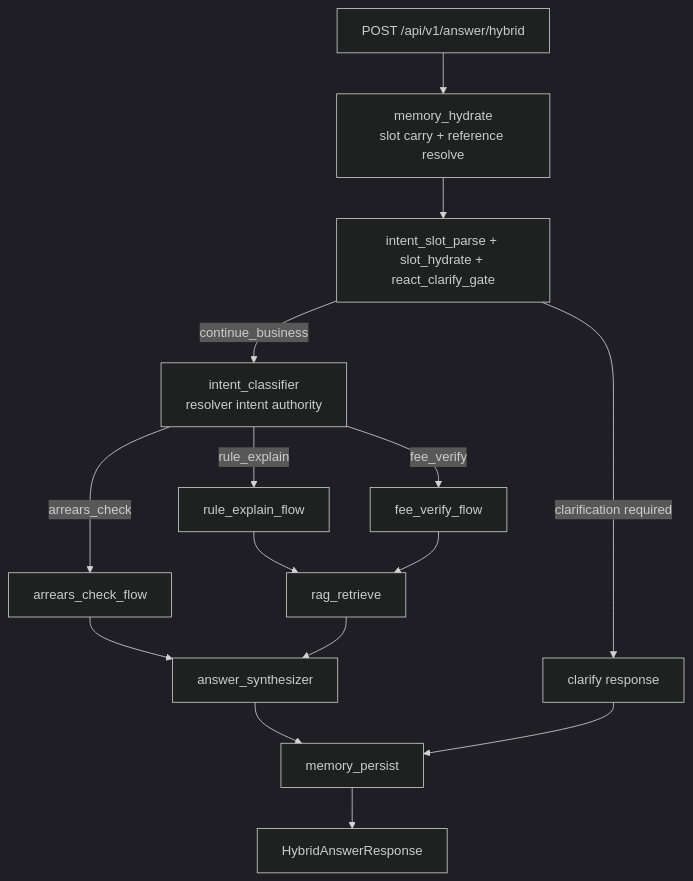
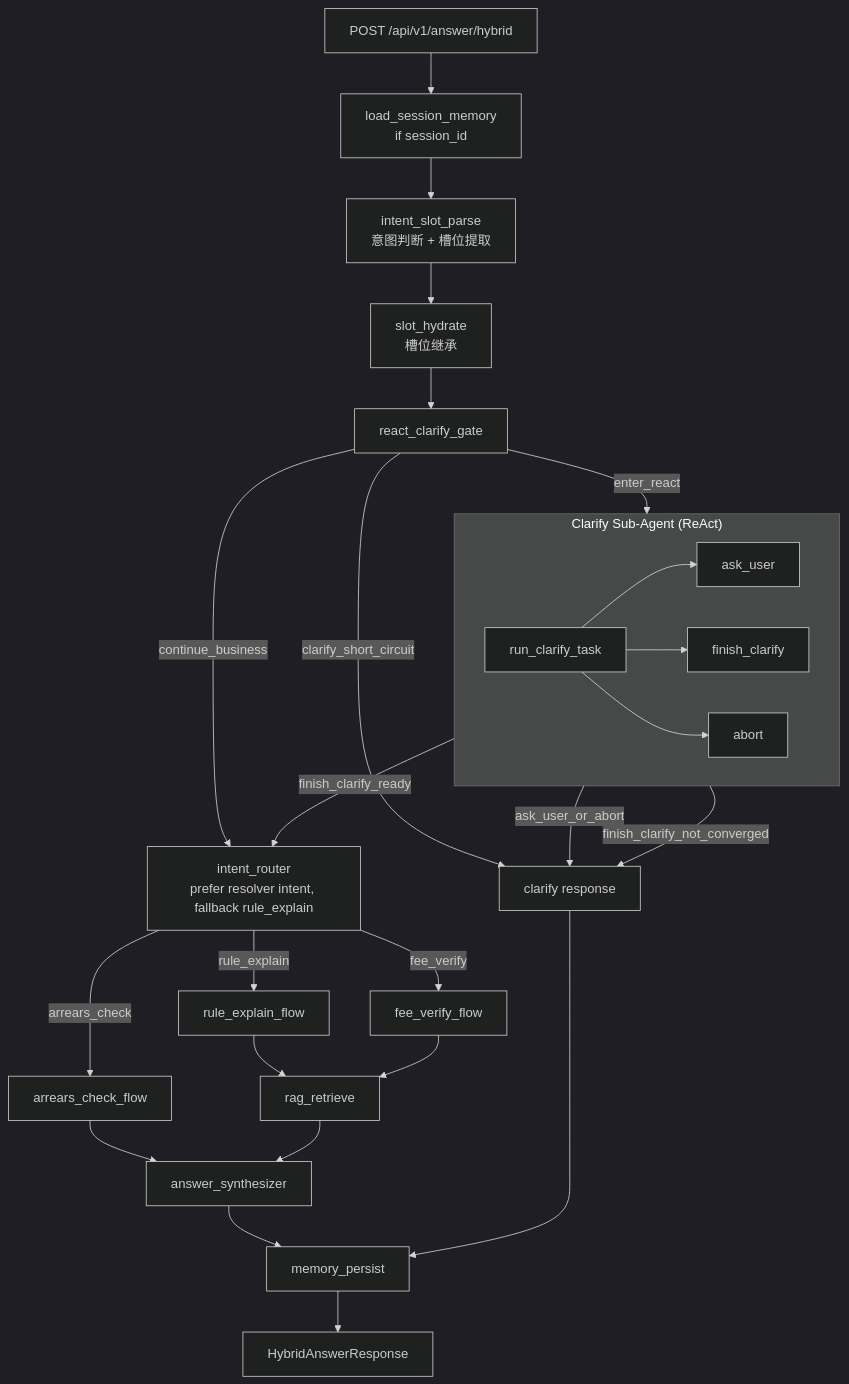
One commit to newgpp/agent-parksuit changed the diagram in README.md. Above: the diagram before and after it, drawn with Mermaid (dark theme).

Commit message:
docs(readme): fix hybrid flow mermaid to match resolver/react pipeline

````diff
--- a/README.md
+++ b/README.md
@@ -35,18 +35,35 @@
 ```mermaid
 flowchart TD
-    A[POST /api/v1/answer/hybrid] --> M[memory_hydrate<br/>slot carry + reference resolve]
-    M --> N[intent_slot_parse + slot_hydrate + react_clarify_gate]
-    N -->|clarification required| X[clarify response]
-    N -->|continue_business| B[intent_classifier<br/>resolver intent authority]
-    B -->|rule_explain| C[rule_explain_flow]
-    B -->|arrears_check| D[arrears_check_flow]
-    B -->|fee_verify| E[fee_verify_flow]
+    A["POST /api/v1/answer/hybrid"] --> M["load_session_memory<br/>if session_id"]
+    M --> P1["intent_slot_parse<br/>意图判断 + 槽位提取"]
+    P1 --> P2["slot_hydrate<br/>槽位继承"]
+    P2 --> GATE["react_clarify_gate"]
 
-    C --> F[rag_retrieve]
+    subgraph SA["Clarify Sub-Agent (ReAct)"]
+      R0["run_clarify_task"]
+      R1["ask_user"]
+      R2["finish_clarify"]
+      R3["abort"]
+      R0 --> R1
+      R0 --> R2
+      R0 --> R3
+    end
+
+    GATE -->|clarify_short_circuit| X["clarify response"]
+    GATE -->|enter_react| SA
+    SA -->|ask_user_or_abort| X
+    SA -->|finish_clarify_ready| B["intent_router<br/>prefer resolver intent, fallback rule_explain"]
+    SA -->|finish_clarify_not_converged| X
+    GATE -->|continue_business| B
+    B -->|rule_explain| C["rule_explain_flow"]
+    B -->|arrears_check| D["arrears_check_flow"]
+    B -->|fee_verify| E["fee_verify_flow"]
+
+    C --> F["rag_retrieve"]
     E --> F
-    D --> G[answer_synthesizer]
-    F --> G
-    G --> P[memory_persist]
-    X --> P
-    P --> H[HybridAnswerResponse]
+    D --> SYN["answer_synthesizer"]
+    F --> SYN
+    SYN --> MP["memory_persist"]
+    X --> MP
+    MP --> H["HybridAnswerResponse"]
 ```
````
